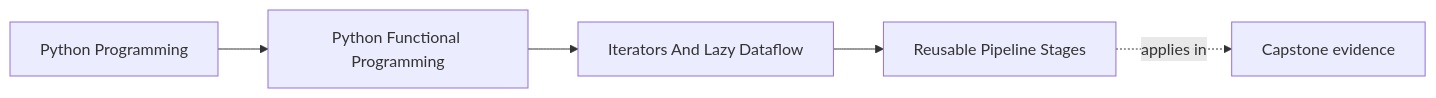
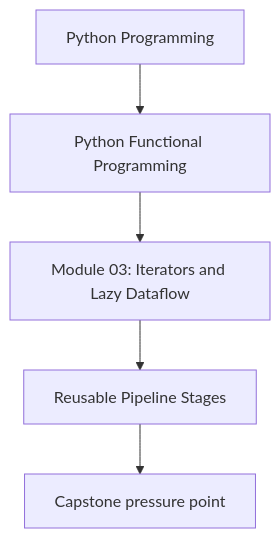
One commit to bijux/bijux-masterclass changed the first of 2 diagrams in programs/python-programming/python-functional-programming/course-book/module-03-iterators-and-lazy-dataflow/reusable-pipeline-stages.md. Above: the diagram before and after it, drawn with Mermaid. The commit also changed other lines of this file and 118 other files, not shown here.

Commit message:
docs(python-functional-programming): align concept page diagrams

````diff
--- a/programs/python-programming/python-functional-programming/course-book/module-03-iterators-and-lazy-dataflow/reusable-pipeline-stages.md
+++ b/programs/python-programming/python-functional-programming/course-book/module-03-iterators-and-lazy-dataflow/reusable-pipeline-stages.md
@@ -7,11 +7,7 @@
 ```mermaid
-graph LR
-  family["Python Programming"]
-  program["Python Functional Programming"]
-  section["Iterators And Lazy Dataflow"]
-  page["Reusable Pipeline Stages"]
-  capstone["Capstone evidence"]
-
-  family --> program --> section --> page
-  page -.applies in.-> capstone
+flowchart TD
+  family["Python Programming"] --> program["Python Functional Programming"]
+  program --> module["Module 03: Iterators and Lazy Dataflow"]
+  module --> concept["Reusable Pipeline Stages"]
+  concept --> capstone["Capstone pressure point"]
 ```
````
